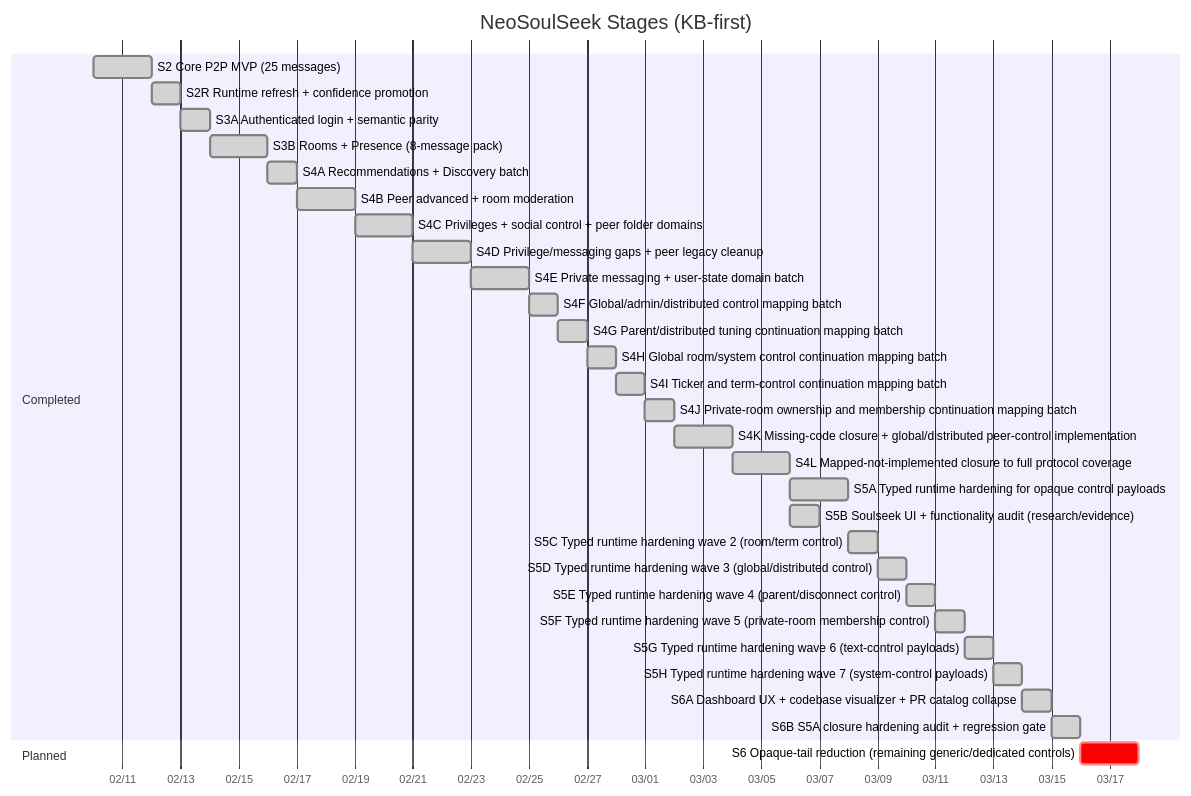
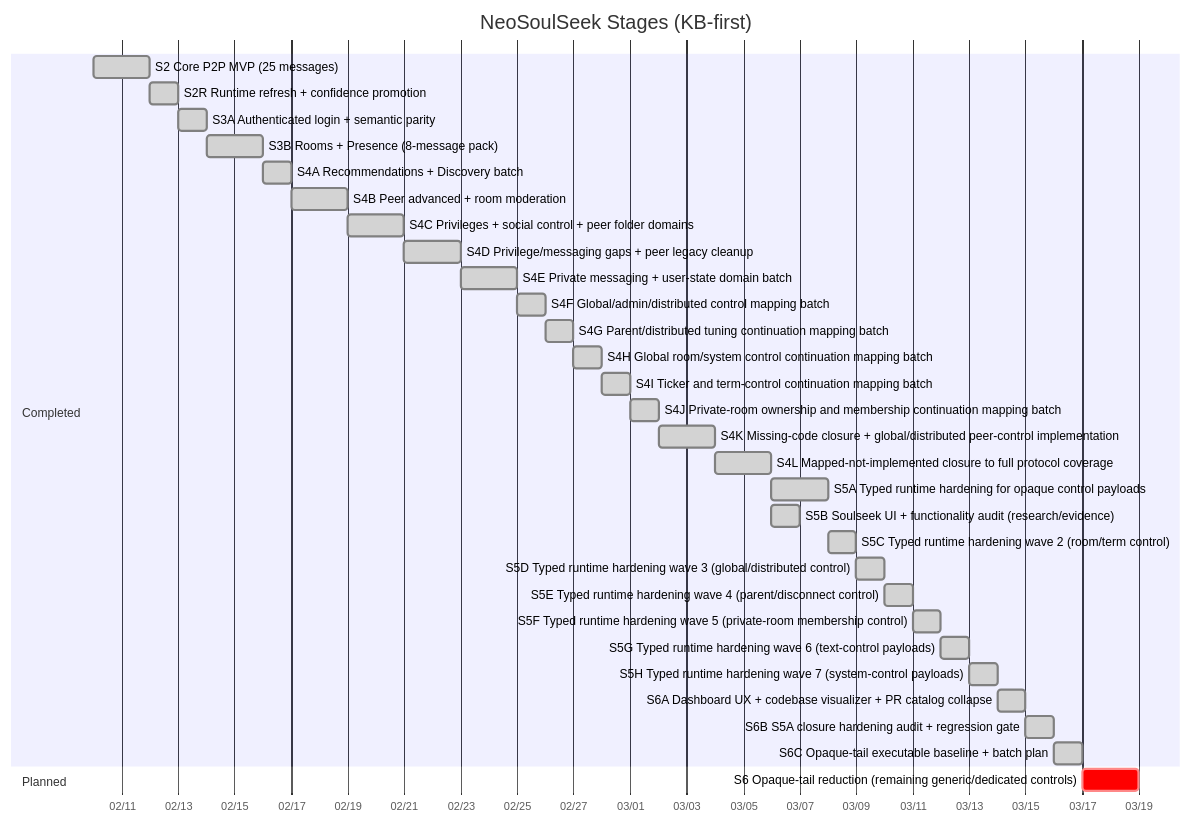
One commit to fedejinich/nss changed the first of 5 diagrams in docs/state/roadmap.md. Above: the diagram before and after it, drawn with Mermaid. The commit also changed other lines of this file and 20 other files, not shown here.

Commit message:
state: add S6 opaque-tail baseline report and plan

````diff
--- a/docs/state/roadmap.md
+++ b/docs/state/roadmap.md
@@ -16,35 +17,36 @@
 ```mermaid
 gantt
     title NeoSoulSeek Stages (KB-first)
     dateFormat  YYYY-MM-DD
     axisFormat  %m/%d
     section Completed
     S2 Core P2P MVP (25 messages) :done, s2, 2026-02-10, 2d
     S2R Runtime refresh + confidence promotion :done, s2r, after s2, 1d
     S3A Authenticated login + semantic parity :done, s3a, after s2r, 1d
     S3B Rooms + Presence (8-message pack) :done, s3b, 2026-02-14, 2d
     S4A Recommendations + Discovery batch :done, s4a, after s3b, 1d
     S4B Peer advanced + room moderation :done, s4b, after s4a, 2d
     S4C Privileges + social control + peer folder domains :done, s4c, after s4b, 2d
     S4D Privilege/messaging gaps + peer legacy cleanup :done, s4d, after s4c, 2d
     S4E Private messaging + user-state domain batch :done, s4e, after s4d, 2d
     S4F Global/admin/distributed control mapping batch :done, s4f, after s4e, 1d
     S4G Parent/distributed tuning continuation mapping batch :done, s4g, after s4f, 1d
     S4H Global room/system control continuation mapping batch :done, s4h, after s4g, 1d
     S4I Ticker and term-control continuation mapping batch :done, s4i, after s4h, 1d
     S4J Private-room ownership and membership continuation mapping batch :done, s4j, after s4i, 1d
     S4K Missing-code closure + global/distributed peer-control implementation :done, s4k, after s4j, 2d
     S4L Mapped-not-implemented closure to full protocol coverage :done, s4l, after s4k, 2d
     S5A Typed runtime hardening for opaque control payloads :done, s5a, after s4l, 2d
     S5B Soulseek UI + functionality audit (research/evidence) :done, s5b, after s4l, 1d
     S5C Typed runtime hardening wave 2 (room/term control) :done, s5c, after s5a, 1d
     S5D Typed runtime hardening wave 3 (global/distributed control) :done, s5d, after s5c, 1d
     S5E Typed runtime hardening wave 4 (parent/disconnect control) :done, s5e, after s5d, 1d
     S5F Typed runtime hardening wave 5 (private-room membership control) :done, s5f, after s5e, 1d
     S5G Typed runtime hardening wave 6 (text-control payloads) :done, s5g, after s5f, 1d
     S5H Typed runtime hardening wave 7 (system-control payloads) :done, s5h, after s5g, 1d
     S6A Dashboard UX + codebase visualizer + PR catalog collapse :done, s6a, after s5h, 1d
     S6B S5A closure hardening audit + regression gate :done, s6b, after s6a, 1d
+    S6C Opaque-tail executable baseline + batch plan :done, s6c, after s6b, 1d
     section Planned
-    S6 Opaque-tail reduction (remaining generic/dedicated controls) :crit, s6, after s6b, 2d
+    S6 Opaque-tail reduction (remaining generic/dedicated controls) :crit, s6, after s6c, 2d
 ```
````
